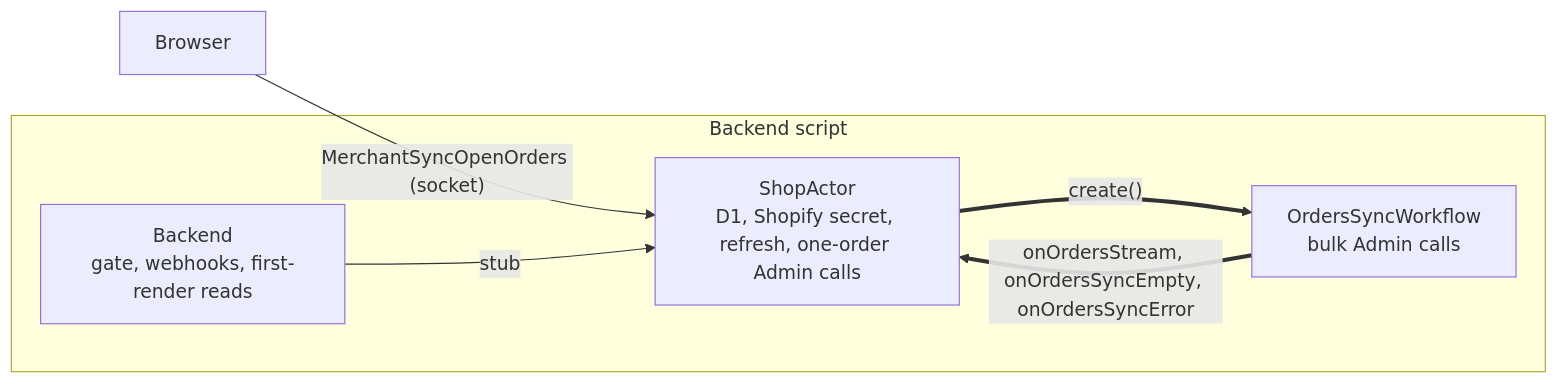
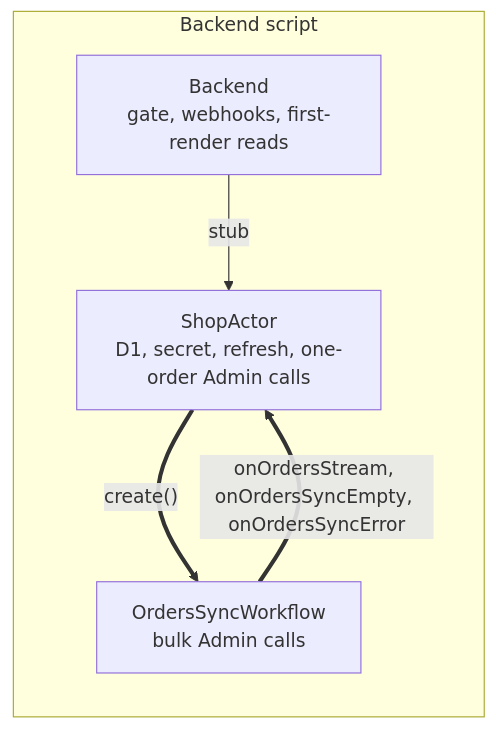
The fourth of 6 diagrams in docs/actor-workflow-wiring-research.md (mw10013/alchemy-sandbox1), drawn with Mermaid before and after one commit. The commit also changed other lines of this file, not shown here.

````diff
--- a/docs/actor-workflow-wiring-research.md
+++ b/docs/actor-workflow-wiring-research.md
@@ -103,12 +109,11 @@
 ```mermaid
 flowchart LR
-  B["Browser"] -- "MerchantSyncOpenOrders (socket)" --> A
   subgraph be["Backend script"]
     BE["Backend<br/>gate, webhooks, first-render reads"]
-    A["ShopActor<br/>D1, Shopify secret, refresh, one-order Admin calls"]
+    A["ShopActor<br/>D1, secret, refresh, one-order Admin calls"]
     WF["OrdersSyncWorkflow<br/>bulk Admin calls"]
   end
-  BE -- "stub" --> A
+  BE -- stub --> A
   A == "create()" ==> WF
   WF == "onOrdersStream, onOrdersSyncEmpty, onOrdersSyncError" ==> A
 ```
````
